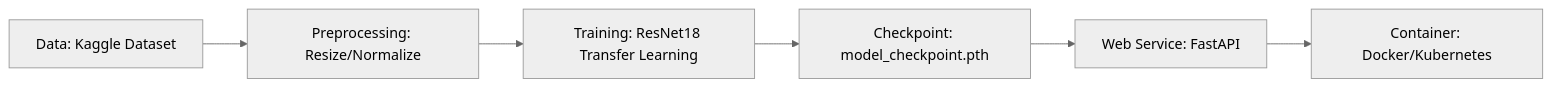
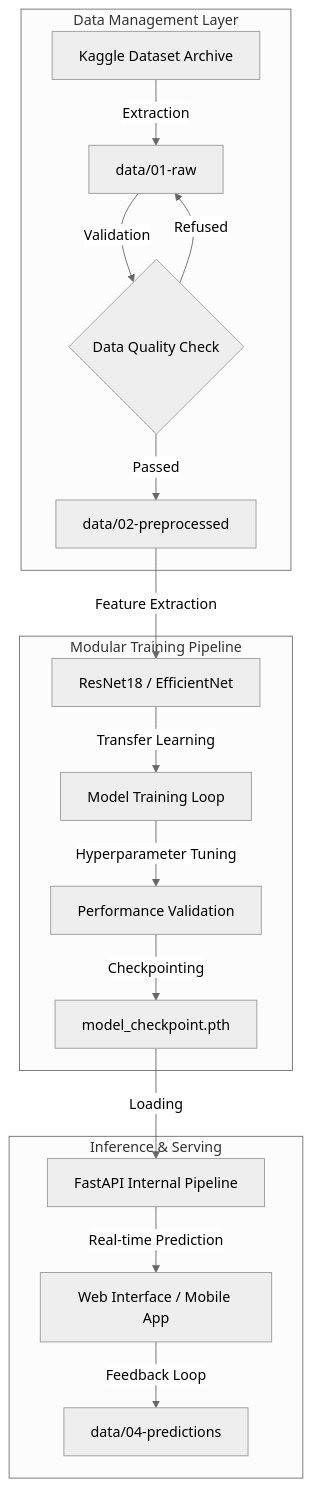
Before and after one commit to DaniloBlancoMotta/Pytorch_Card: the diagram in README.md, drawn with Mermaid (neutral theme). The commit also changed other lines of this file and 1 other file, not shown here.

Commit message:
Enhancement: Added elaborate technical pipeline and card recognition logic illustration

````diff
--- a/README.md
+++ b/README.md
@@ -12,8 +15,22 @@
 ```mermaid
-graph LR
-    A[Data: Kaggle Dataset] --> B[Preprocessing: Resize/Normalize]
-    B --> C[Training: ResNet18 Transfer Learning]
-    C --> D[Checkpoint: model_checkpoint.pth]
-    D --> E[Web Service: FastAPI]
-    E --> F[Container: Docker/Kubernetes]
+graph TD
+    subgraph Data_Layer [Data Management Layer]
+        A[Kaggle Dataset Archive] -->|Extraction| B[data/01-raw]
+        B -->|Validation| C{Data Quality Check}
+        C -->|Passed| D[data/02-preprocessed]
+        C -->|Refused| B
+    end
+
+    subgraph Training_Orchestration [Modular Training Pipeline]
+        D -->|Feature Extraction| E[ResNet18 / EfficientNet]
+        E -->|Transfer Learning| F[Model Training Loop]
+        F -->|Hyperparameter Tuning| G[Performance Validation]
+        G -->|Checkpointing| H[model_checkpoint.pth]
+    end
+
+    subgraph Production_Serving [Inference & Serving]
+        H -->|Loading| I[FastAPI Internal Pipeline]
+        I -->|Real-time Prediction| J[Web Interface / Mobile App]
+        J -->|Feedback Loop| K[data/04-predictions]
+    end
 ```
````
